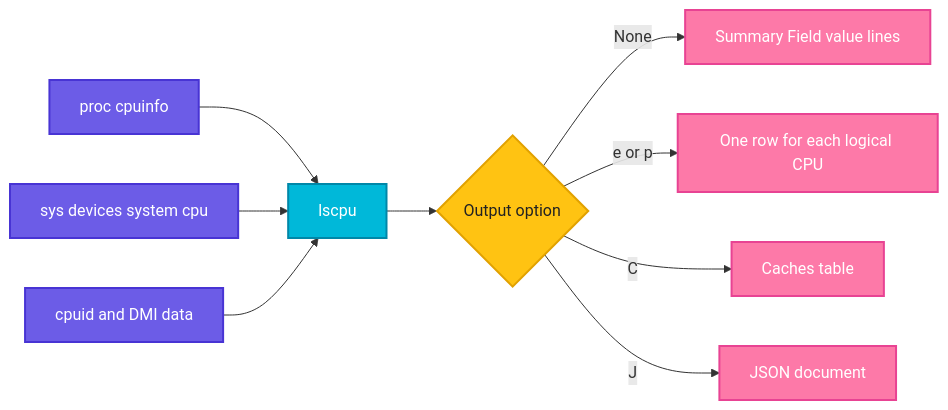
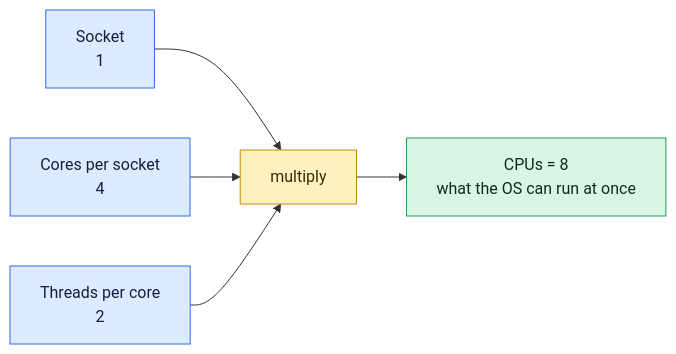
One commit to codeKerdosTech/DevOps-Documentation changed the diagram in linux/system-info/lscpu.md. Above: the diagram before and after it, drawn with Mermaid. The commit also changed other lines of this file and 165 other files, not shown here.

Commit message:
updated diagrams in linux

````diff
--- a/linux/system-info/lscpu.md
+++ b/linux/system-info/lscpu.md
@@ -25,22 +25,15 @@
 ```mermaid
 flowchart LR
-    A[proc cpuinfo] --> D[lscpu]
-    B[sys devices system cpu] --> D
-    C[cpuid and DMI data] --> D
-    D --> E{Output option}
-    E -->|None| F[Summary Field value lines]
-    E -->|e or p| G[One row for each logical CPU]
-    E -->|C| H[Caches table]
-    E -->|J| I[JSON document]
-    classDef start fill:#6C5CE7,stroke:#4834D4,stroke-width:2px,color:#fff
-    classDef proc fill:#00B8D9,stroke:#0087A8,stroke-width:2px,color:#fff
-    classDef dec fill:#FFC312,stroke:#E1A100,stroke-width:2px,color:#222
-    classDef ok fill:#2ECC71,stroke:#1E8449,stroke-width:2px,color:#fff
-    classDef err fill:#FF4757,stroke:#C0392B,stroke-width:2px,color:#fff
-    classDef out fill:#FD79A8,stroke:#E84393,stroke-width:2px,color:#fff
-    classDef alt fill:#FF9F43,stroke:#E67E22,stroke-width:2px,color:#fff
-    class A,B,C start
-    class D proc
-    class E dec
-    class F,G,H,I out
+    i1[Socket<br/>1] --> c1[multiply]
+    i2[Cores per socket<br/>4] --> c1
+    i3[Threads per core<br/>2] --> c1
+    c1 --> o1[CPUs = 8<br/>what the OS can run at once]
+    classDef inp fill:#DCEBFF,stroke:#2F6FDE,color:#10213F
+    classDef cmd fill:#FFF0C2,stroke:#C98A00,color:#3A2A00
+    classDef out fill:#D9F5E3,stroke:#1F9D55,color:#0B2E1A
+    classDef bad fill:#FDE0E0,stroke:#D13B3B,color:#4A0F0F
+    classDef note fill:#ECEFF3,stroke:#7B8794,color:#1F2933
+    class i1,i2,i3 inp
+    class c1 cmd
+    class o1 out
 ```
````
